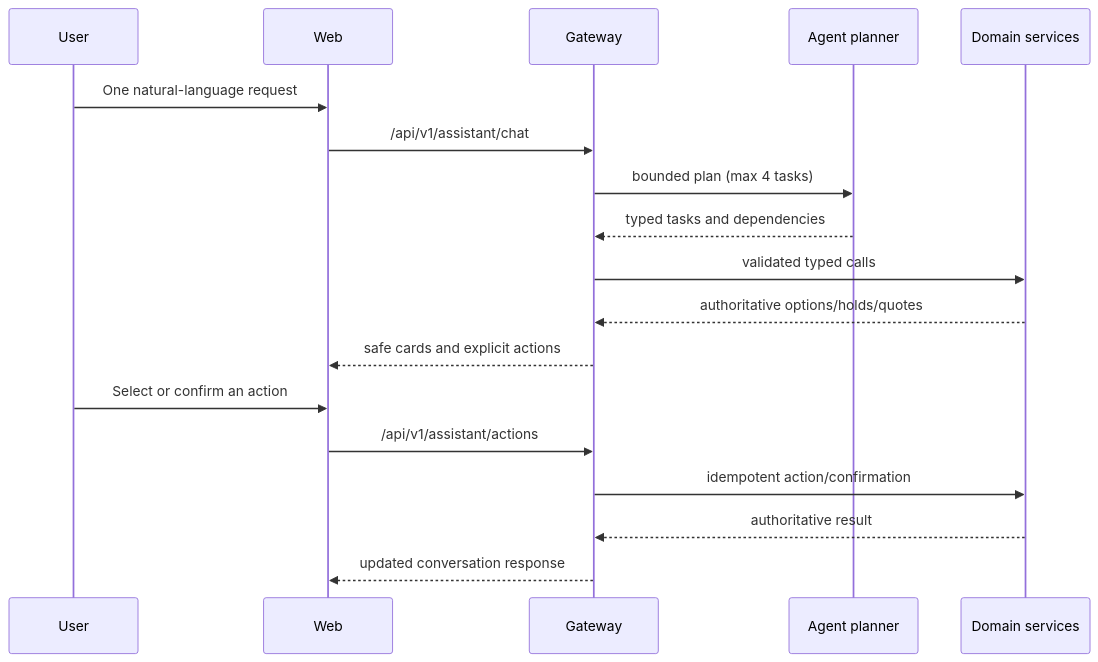
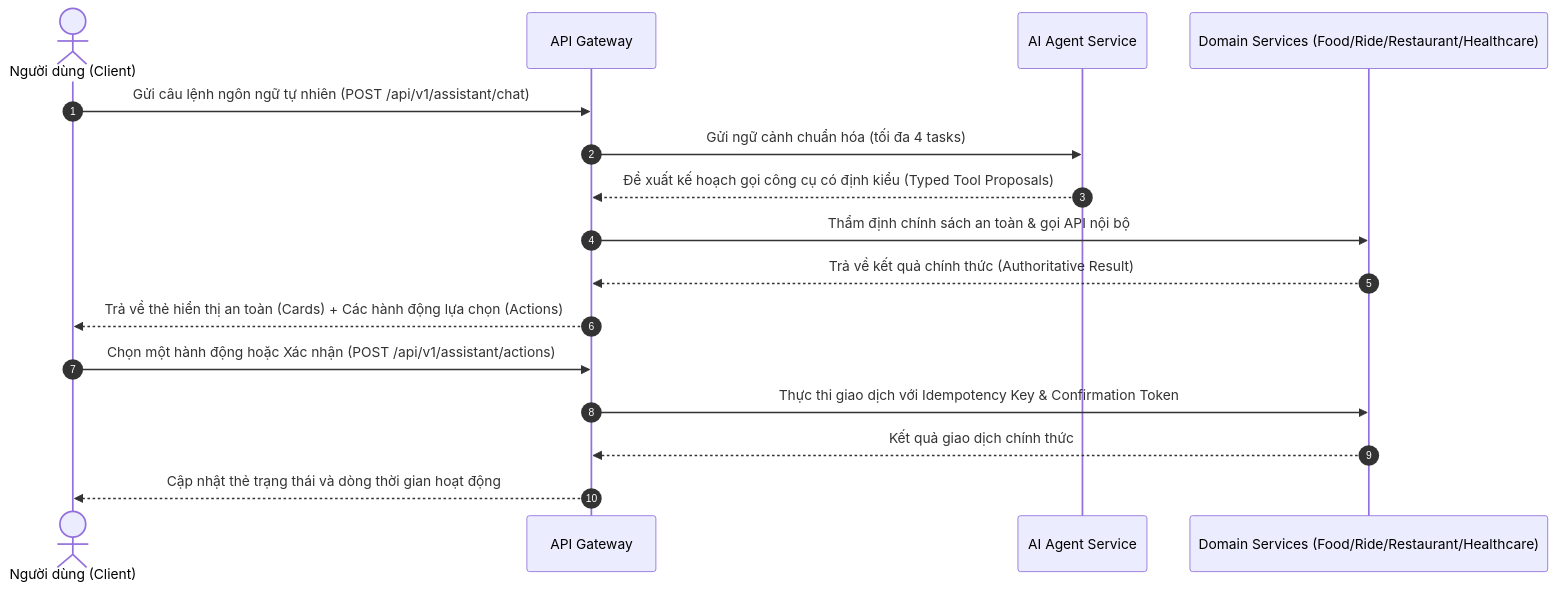
Before and after one commit to codecuatai/P-018: the first of 4 diagrams in docs/architecture/workflows.md, drawn with Mermaid. The commit also changed other lines of this file and 71 other files, not shown here.

````diff
--- a/docs/architecture/workflows.md
+++ b/docs/architecture/workflows.md
@@ -29,20 +9,20 @@
 ```mermaid
 sequenceDiagram
-  participant U as User
-  participant W as Web
-  participant G as Gateway
-  participant A as Agent planner
-  participant D as Domain services
-  U->>W: One natural-language request
-  W->>G: /api/v1/assistant/chat
-  G->>A: bounded plan (max 4 tasks)
-  A-->>G: typed tasks and dependencies
-  G->>D: validated typed calls
-  D-->>G: authoritative options/holds/quotes
-  G-->>W: safe cards and explicit actions
-  U->>W: Select or confirm an action
-  W->>G: /api/v1/assistant/actions
-  G->>D: idempotent action/confirmation
-  D-->>G: authoritative result
-  G-->>W: updated conversation response
+  autonumber
+  actor User as Người dùng (Client)
+  participant GW as API Gateway
+  participant Agent as AI Agent Service
+  participant Domain as Domain Services (Food/Ride/Restaurant/Healthcare)
+
+  User->>GW: Gửi câu lệnh ngôn ngữ tự nhiên (POST /api/v1/assistant/chat)
+  GW->>Agent: Gửi ngữ cảnh chuẩn hóa (tối đa 4 tasks)
+  Agent-->>GW: Đề xuất kế hoạch gọi công cụ có định kiểu (Typed Tool Proposals)
+  GW->>Domain: Thẩm định chính sách an toàn & gọi API nội bộ
+  Domain-->>GW: Trả về kết quả chính thức (Authoritative Result)
+  GW-->>User: Trả về thẻ hiển thị an toàn (Cards) + Các hành động lựa chọn (Actions)
+  
+  User->>GW: Chọn một hành động hoặc Xác nhận (POST /api/v1/assistant/actions)
+  GW->>Domain: Thực thi giao dịch với Idempotency Key & Confirmation Token
+  Domain-->>GW: Kết quả giao dịch chính thức
+  GW-->>User: Cập nhật thẻ trạng thái và dòng thời gian hoạt động
 ```
````
